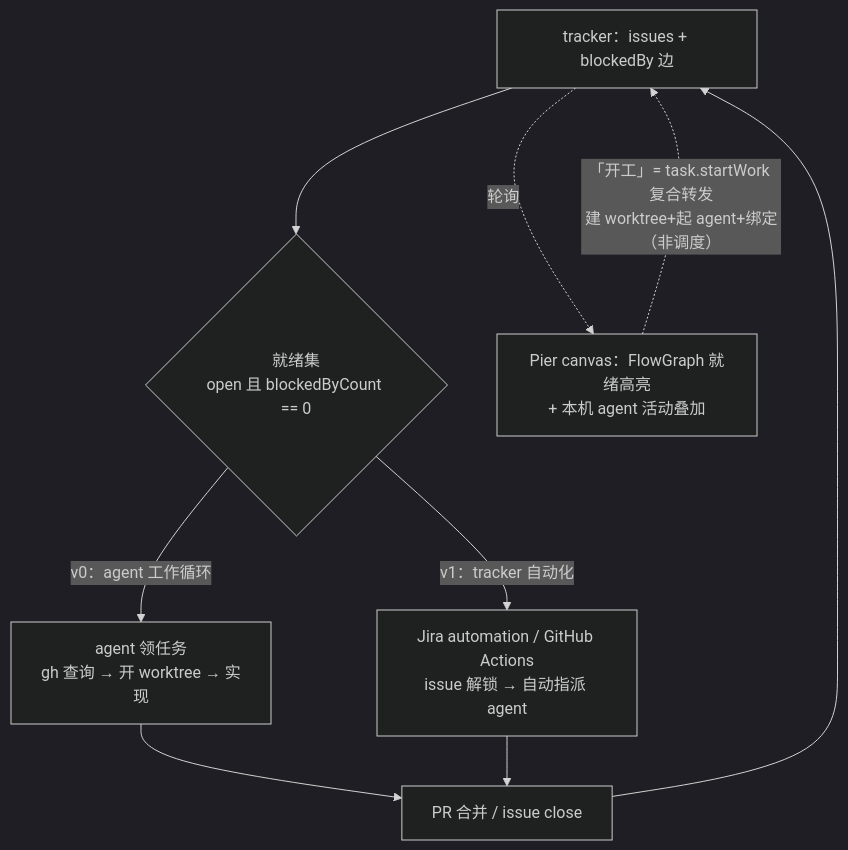
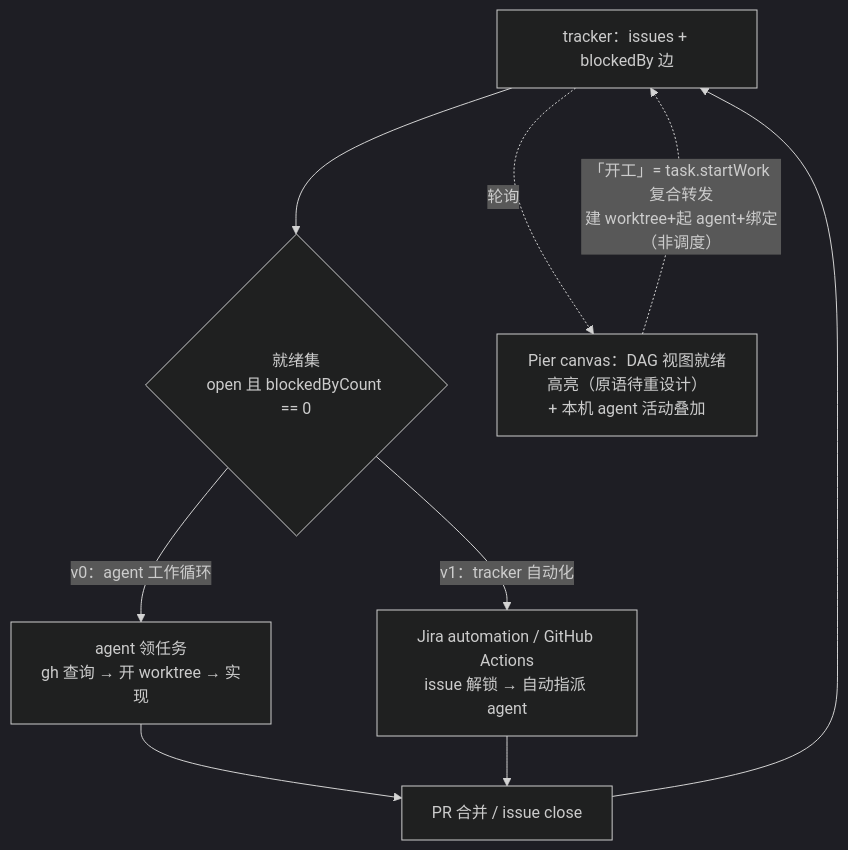
One commit to runloom/pier changed the fifth of 5 diagrams in docs/superpowers/specs/2026-08-28-canvas-task-management-tracker-adapter-design.md. Above: the diagram before and after it, drawn with Mermaid (dark theme). The commit also changed other lines of this file and 49 other files, not shown here.

````diff
--- a/docs/superpowers/specs/2026-08-28-canvas-task-management-tracker-adapter-design.md
+++ b/docs/superpowers/specs/2026-08-28-canvas-task-management-tracker-adapter-design.md
@@ -310,11 +312,11 @@
 ```mermaid
 flowchart TB
   T["tracker：issues + blockedBy 边"] --> R{"就绪集<br/>open 且 blockedByCount == 0"}
   R -->|"v0：agent 工作循环"| A["agent 领任务<br/>gh 查询 → 开 worktree → 实现"]
   R -->|"v1：tracker 自动化"| AUTO["Jira automation / GitHub Actions<br/>issue 解锁 → 自动指派 agent"]
   A --> PR["PR 合并 / issue close"]
   AUTO --> PR
   PR --> T
-  T -.->|轮询| V["Pier canvas：FlowGraph 就绪高亮<br/>+ 本机 agent 活动叠加"]
+  T -.->|轮询| V["Pier canvas：DAG 视图就绪高亮（原语待重设计）<br/>+ 本机 agent 活动叠加"]
   V -.->|"「开工」= task.startWork 复合转发<br/>建 worktree+起 agent+绑定（非调度）"| T
 ```
````
